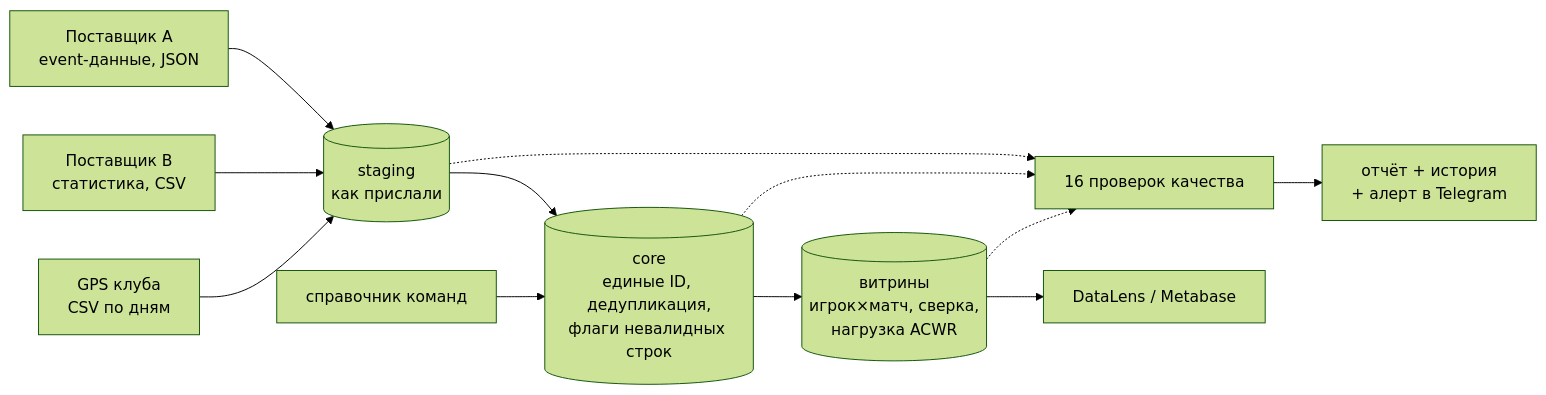
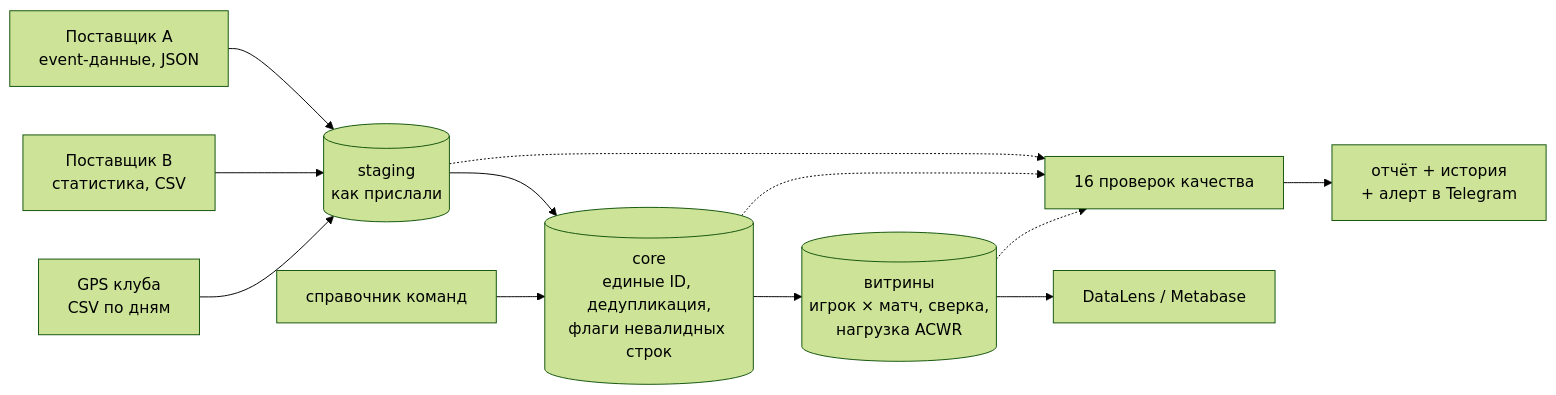
One commit to Vladimir1t/Football changed the diagram in readme.md. Above: the diagram before and after it, drawn with Mermaid (forest theme).

````diff
--- a/readme.md
+++ b/readme.md
@@ -9,14 +9,14 @@
 ```mermaid
 flowchart LR
     A[Поставщик A<br/>event-данные, JSON] --> STG
     B[Поставщик B<br/>статистика, CSV] --> STG
     G[GPS клуба<br/>CSV по дням] --> STG
     STG[(staging<br/>как прислали)] --> CORE
     REF[справочник команд] --> CORE
-    CORE[(core<br/>единые ID, дедупликация,<br/>флаги невалидных строк)] --> MART[(витрины<br/>игрок×матч, сверка,<br/>нагрузка ACWR)]
+    CORE[(core<br/>единые ID, дедупликация,<br/>флаги невалидных строк)] --> MART[(витрины<br/>игрок × матч, сверка,<br/>нагрузка ACWR)]
     STG -.-> DQ
     CORE -.-> DQ
     MART -.-> DQ
     DQ[16 проверок качества] --> REP[отчёт + история<br/>+ алерт в Telegram]
     MART --> BI[DataLens / Metabase]
 ```
````
